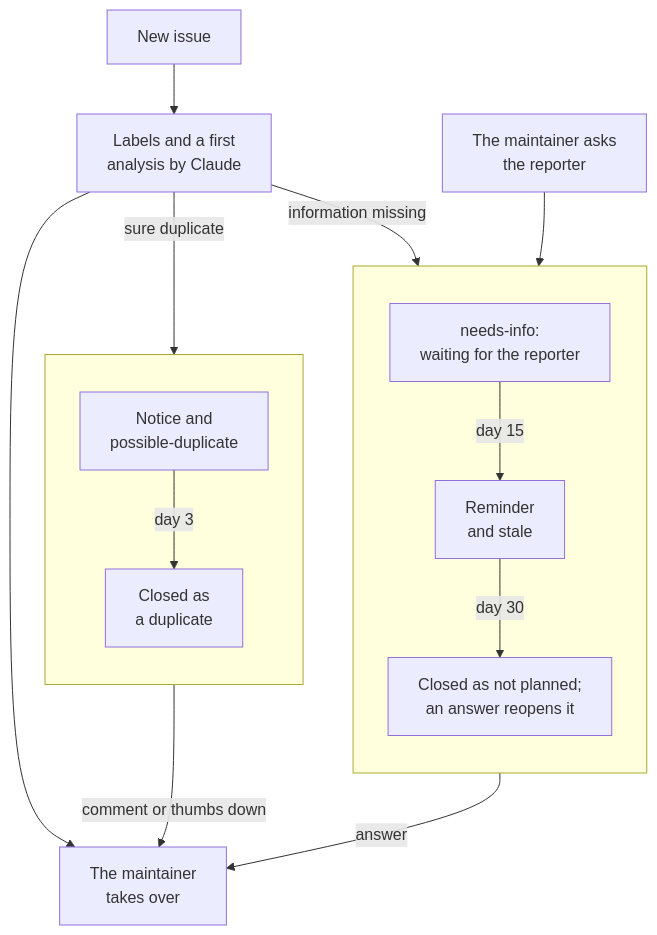
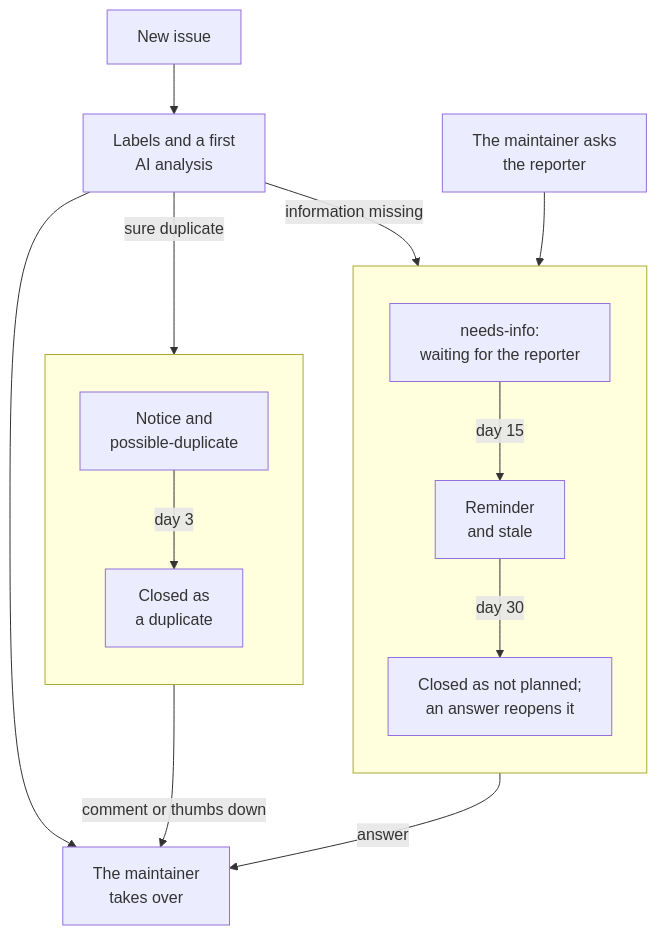
The diagram in docs/diagrams/issue-lifecycle.en.mmd (Dennis-Otto/ha-autodarts), drawn with Mermaid before and after one commit. The commit also changed 18 other files, not shown here.

```diff
--- a/docs/diagrams/issue-lifecycle.en.mmd
+++ b/docs/diagrams/issue-lifecycle.en.mmd
@@ -1,17 +1,17 @@
 flowchart TB
-  NEW["New issue"] --> AI["Labels and a first<br/>analysis by Claude"]
+  NEW["New issue"] --> AI["Labels and a first<br/>AI analysis"]
   AI --> MAINT["The maintainer<br/>takes over"]
   AI -- "information missing" --> WAIT
   ASK["The maintainer asks<br/>the reporter"] --> WAIT
   subgraph LIFE[" "]
     direction TB
     WAIT["needs-info:<br/>waiting for the reporter"] -- "day 15" --> REMIND["Reminder<br/>and stale"]
     REMIND -- "day 30" --> CLOSED["Closed as not planned;<br/>an answer reopens it"]
   end
   LIFE -- "answer" --> MAINT
   AI -- "sure duplicate" --> NOTICE
   subgraph DUPLICATES[" "]
     direction TB
     NOTICE["Notice and<br/>possible-duplicate"] -- "day 3" --> DUP["Closed as<br/>a duplicate"]
   end
   NOTICE -- "comment or thumbs down" --> MAINT
```
